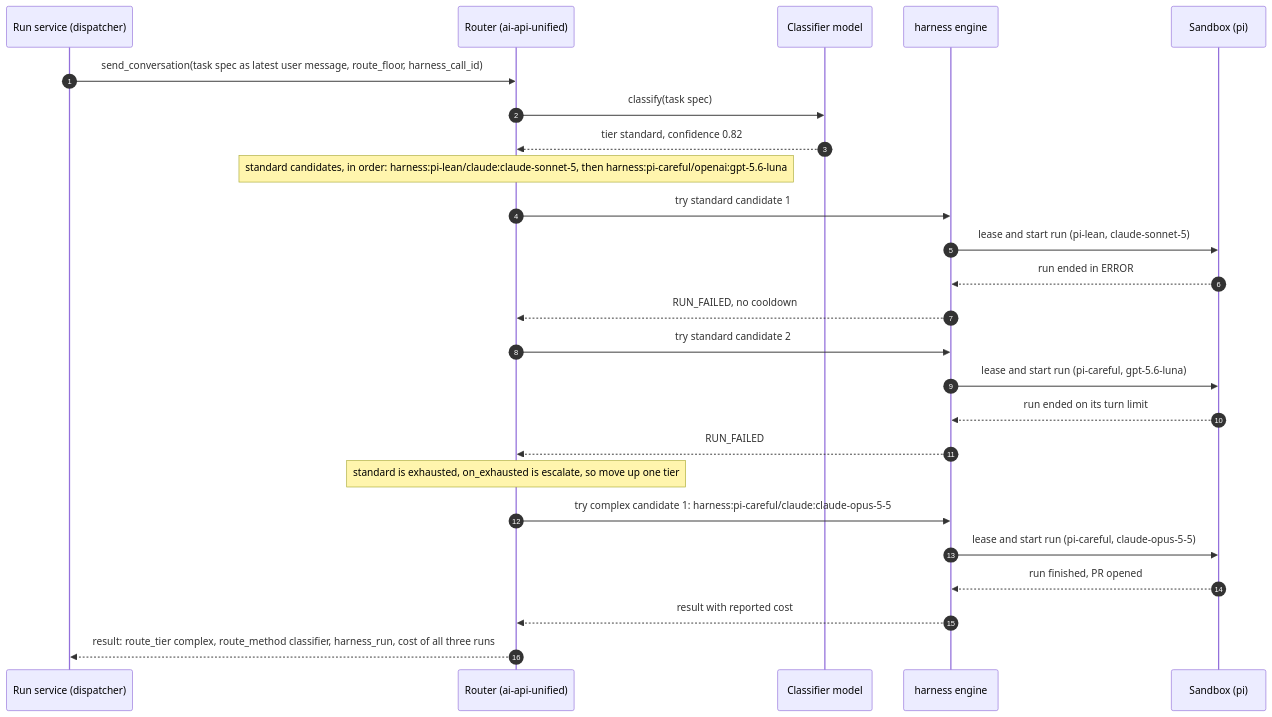
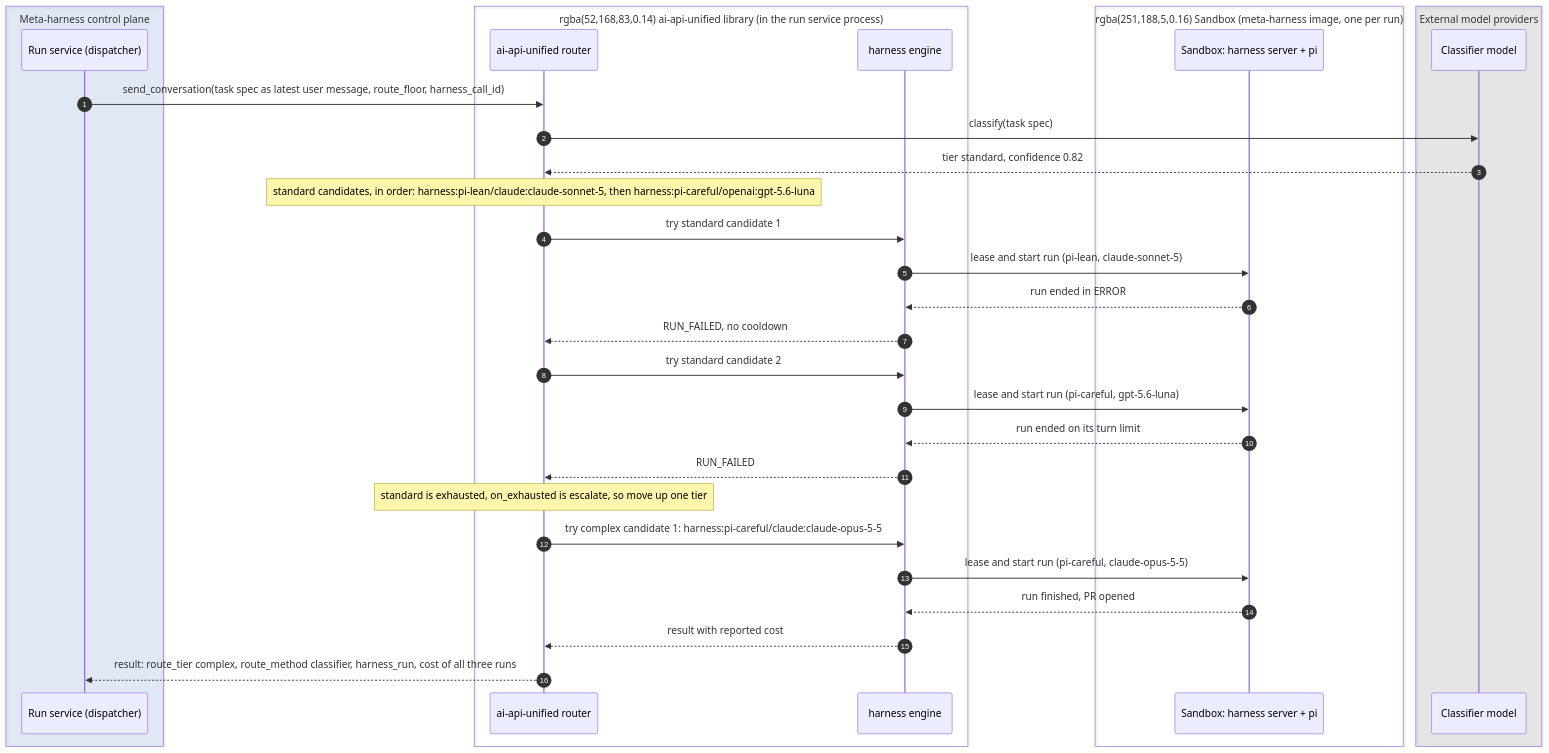
Before and after one commit to davecthomas/meta-harness: the second of 12 diagrams in docs/technical-design.md, drawn with Mermaid. The commit also changed other lines of this file, not shown here.

First line of the commit message:
docs/design-cleanup-and-boundaries: plain prose, model client name, owner boxes in sequences

````diff
--- a/docs/technical-design.md
+++ b/docs/technical-design.md
@@ -347,28 +353,36 @@
 ```mermaid
 sequenceDiagram
     autonumber
+    box rgba(66,135,245,0.12) Meta-harness control plane
     participant RS as Run service (dispatcher)
-    participant RT as Router (ai-api-unified)
+    end
+    box rgba(52,168,83,0.14) ai-api-unified library (in the run service process)
+    participant RT as ai-api-unified router
+    participant HE as harness engine
+    end
+    box rgba(251,188,5,0.16) Sandbox (meta-harness image, one per run)
+    participant SB as Sandbox: harness server + pi
+    end
+    box rgba(128,128,128,0.14) External model providers
     participant CL as Classifier model
-    participant HE as harness engine
-    participant SB as Sandbox (pi)
+    end
 
     RS->>RT: send_conversation(task spec as latest user message, route_floor, harness_call_id)
     RT->>CL: classify(task spec)
     CL-->>RT: tier standard, confidence 0.82
     Note over RT: standard candidates, in order: harness:pi-lean/claude:claude-sonnet-5, then harness:pi-careful/openai:gpt-5.6-luna
     RT->>HE: try standard candidate 1
     HE->>SB: lease and start run (pi-lean, claude-sonnet-5)
     SB-->>HE: run ended in ERROR
     HE-->>RT: RUN_FAILED, no cooldown
     RT->>HE: try standard candidate 2
     HE->>SB: lease and start run (pi-careful, gpt-5.6-luna)
     SB-->>HE: run ended on its turn limit
     HE-->>RT: RUN_FAILED
     Note over RT: standard is exhausted, on_exhausted is escalate, so move up one tier
     RT->>HE: try complex candidate 1: harness:pi-careful/claude:claude-opus-5-5
     HE->>SB: lease and start run (pi-careful, claude-opus-5-5)
     SB-->>HE: run finished, PR opened
     HE-->>RT: result with reported cost
     RT-->>RS: result: route_tier complex, route_method classifier, harness_run, cost of all three runs
 ```
````
